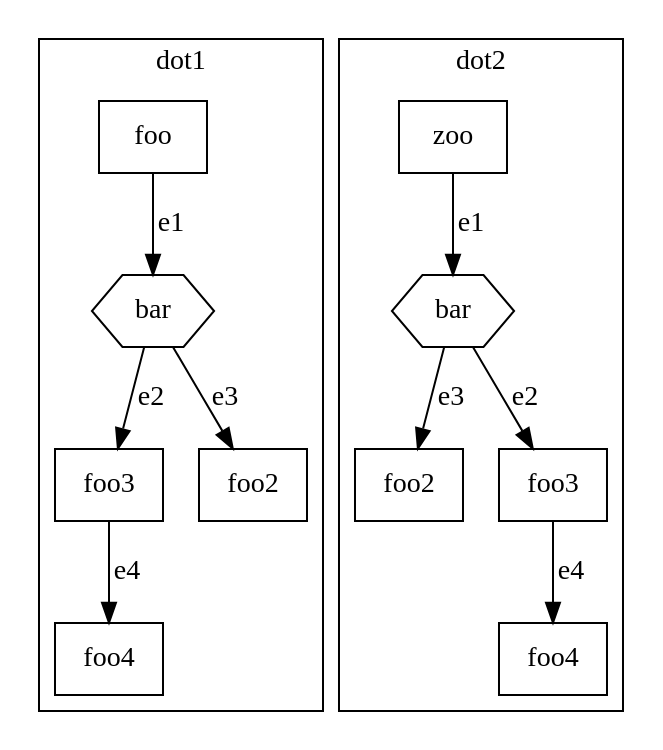
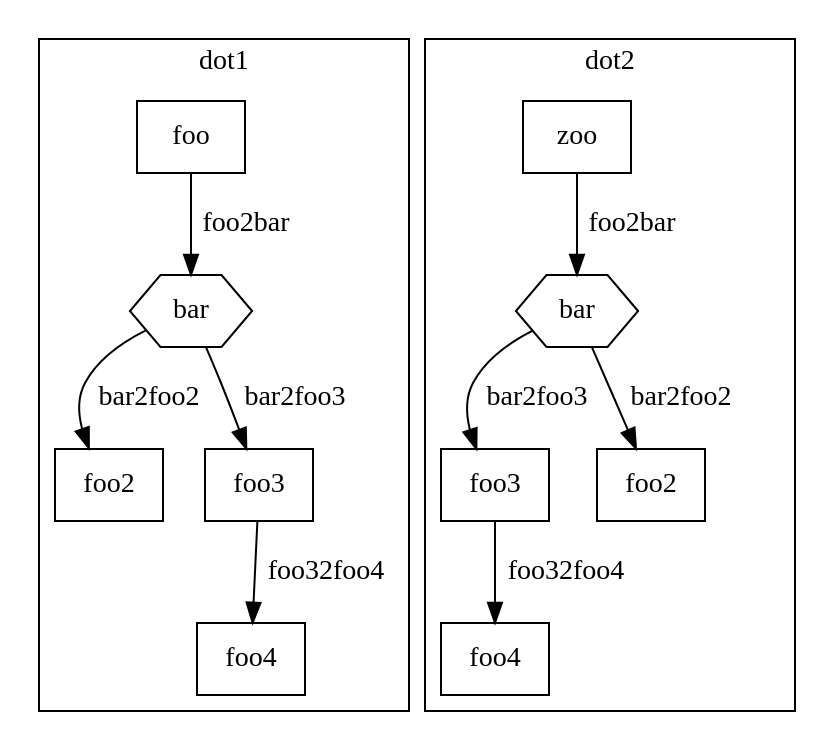
The diagram in org.eclipse.epsilon.picto.diff/files/foo_.dot (wrwei/picto-diff), drawn with Graphviz before and after one commit. The commit also changed 16 other files, not shown here.

```diff
--- a/org.eclipse.epsilon.picto.diff/files/foo_.dot
+++ b/org.eclipse.epsilon.picto.diff/files/foo_.dot
@@ -1,29 +1,29 @@
 digraph "example3" {
 edge ["dir"="none"]
 subgraph "cluster_dot1" {
 edge ["dir"="forward"]
 graph ["label"="dot1"]
 "n5" ["shape"="box","label"="foo4"]
+"n3" ["shape"="box","label"="foo2"]
+"n4" ["shape"="box","label"="foo3"]
 "n1" ["shape"="box","label"="foo"]
 "n2" ["shape"="polygon","sides"="6","label"="bar"]
-"n4" ["shape"="box","label"="foo3"]
-"n3" ["shape"="box","label"="foo2"]
-"n1" -> "n2" ["label"="e1"]
-"n2" -> "n4" ["label"="e2"]
-"n2" -> "n3" ["label"="e3"]
-"n4" -> "n5" ["label"="e4"]
+"n4" -> "n5" ["name"="e4","label"="foo32foo4"]
+"n1" -> "n2" ["name"="e1","label"="foo2bar"]
+"n2" -> "n4" ["name"="e2","label"="bar2foo3"]
+"n2" -> "n3" ["name"="e3","label"="bar2foo2"]
 }
 subgraph "cluster_dot2" {
 edge ["dir"="forward"]
 graph ["label"="dot2"]
-"_n5" ["shape"="box","label"="foo4"]
-"_n3" ["shape"="box","label"="foo2"]
 "_n1" ["shape"="box","label"="zoo"]
 "_n2" ["shape"="polygon","sides"="6","label"="bar"]
 "_n4" ["shape"="box","label"="foo3"]
-"_n1" -> "_n2" ["label"="e1"]
-"_n2" -> "_n4" ["label"="e2"]
-"_n2" -> "_n3" ["label"="e3"]
-"_n4" -> "_n5" ["label"="e4"]
+"_n5" ["shape"="box","label"="foo4"]
+"_n3" ["shape"="box","label"="foo2"]
+"_n1" -> "_n2" ["name"="_e1","label"="foo2bar"]
+"_n2" -> "_n4" ["name"="_e2","label"="bar2foo3"]
+"_n2" -> "_n3" ["name"="_e3","label"="bar2foo2"]
+"_n4" -> "_n5" ["name"="_e4","label"="foo32foo4"]
 }
 }
```
